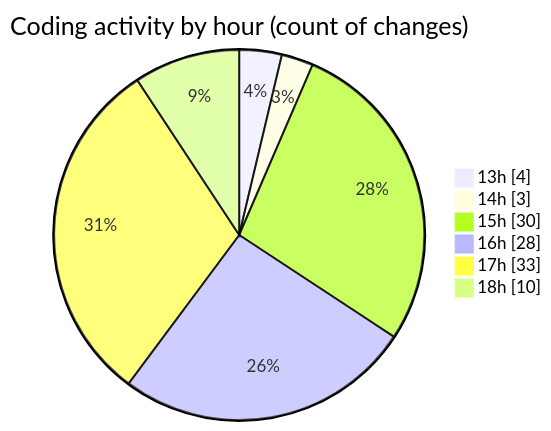
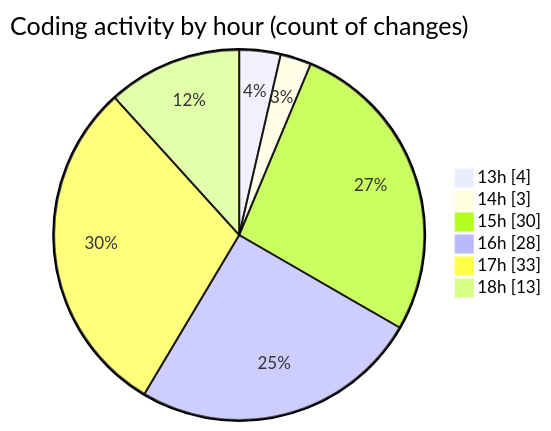
Before and after one commit to EIIisD/code-tracking: the second of 2 diagrams in 2025-08-11/ribbon/README.md, drawn with Mermaid. The commit also changed other lines of this file and 1 other file, not shown here.

````diff
--- a/2025-08-11/ribbon/README.md
+++ b/2025-08-11/ribbon/README.md
@@ -52,10 +52,10 @@
 ```mermaid
 pie showData
 title Coding activity by hour (count of changes)
 "13h" : 4
 "14h" : 3
 "15h" : 30
 "16h" : 28
 "17h" : 33
-"18h" : 10
+"18h" : 13
 ```
````
